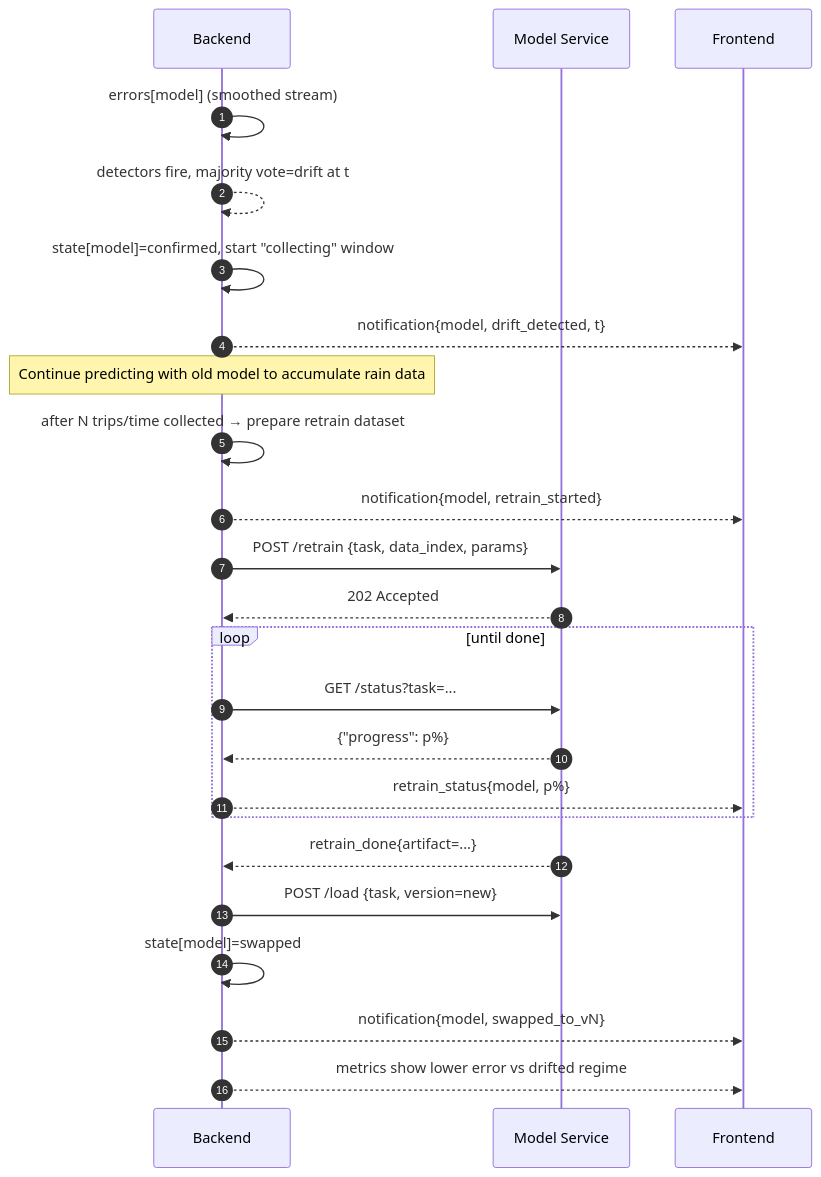
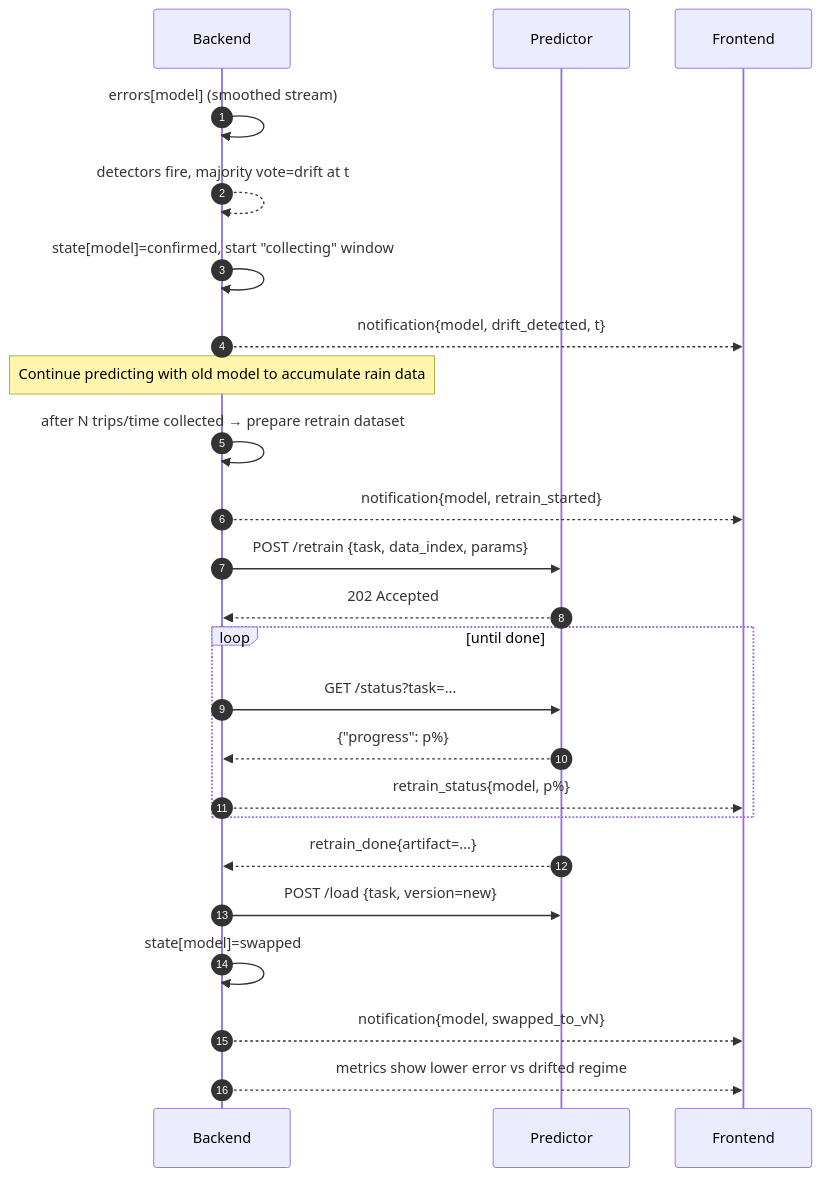
The third of 4 diagrams in platform.md (geokyr/diploma-thesis), drawn with Mermaid before and after one commit. The commit also changed other lines of this file, not shown here.

````diff
--- a/platform.md
+++ b/platform.md
@@ -129,29 +144,29 @@
 ```mermaid
 sequenceDiagram
   autonumber
   participant BE as Backend
-  participant MS as Model Service
+  participant PR as Predictor
   participant UI as Frontend
 
   BE->>BE: errors[model] (smoothed stream)
   BE-->>BE: detectors fire, majority vote=drift at t
   BE->>BE: state[model]=confirmed, start "collecting" window
   BE-->>UI: notification{model, drift_detected, t}
 
   Note over BE: Continue predicting with old model to accumulate rain data
 
   BE->>BE: after N trips/time collected → prepare retrain dataset
   BE-->>UI: notification{model, retrain_started}
-  BE->>MS: POST /retrain {task, data_index, params}
-  MS-->>BE: 202 Accepted
+  BE->>PR: POST /retrain {task, data_index, params}
+  PR-->>BE: 202 Accepted
   loop until done
-    BE->>MS: GET /status?task=...
-    MS-->>BE: {"progress": p%}
+    BE->>PR: GET /status?task=...
+    PR-->>BE: {"progress": p%}
     BE-->>UI: retrain_status{model, p%}
   end
-  MS-->>BE: retrain_done{artifact=...}
-  BE->>MS: POST /load {task, version=new}
+  PR-->>BE: retrain_done{artifact=...}
+  BE->>PR: POST /load {task, version=new}
   BE->>BE: state[model]=swapped
   BE-->>UI: notification{model, swapped_to_vN}
   BE-->>UI: metrics show lower error vs drifted regime
 ```
````
